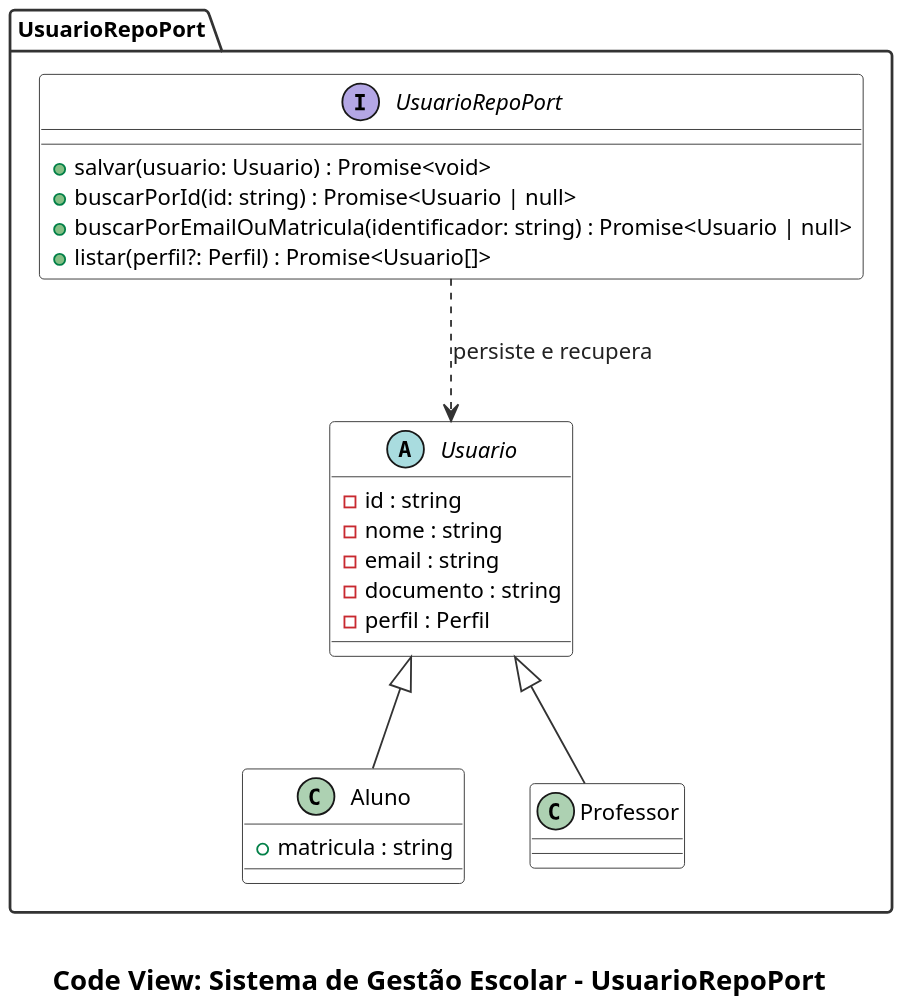
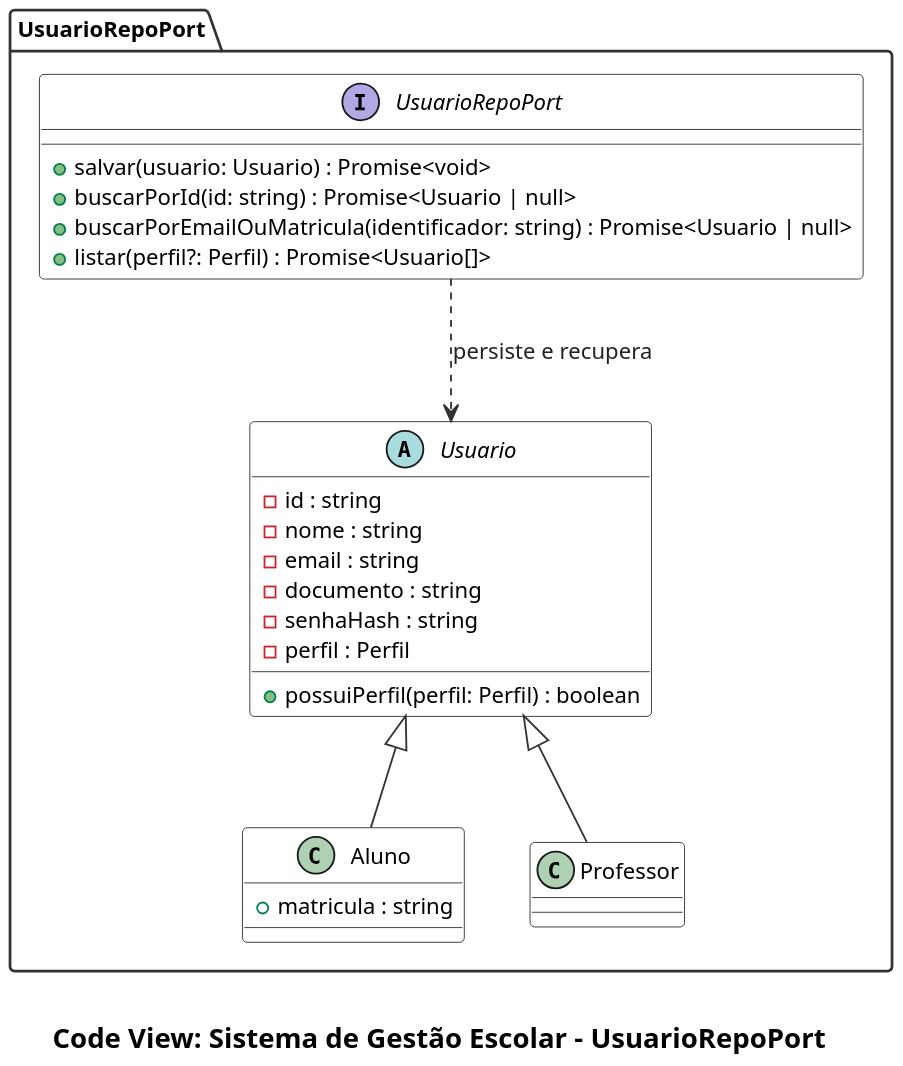
Before and after one commit to cicerocarnauba/sistema-gestao-escolar: the diagram in docs/code/usuario-repo-port.puml, drawn with PlantUML. The commit also changed 13 other files, not shown here.

```diff
--- a/docs/code/usuario-repo-port.puml
+++ b/docs/code/usuario-repo-port.puml
@@ -1,48 +1,50 @@
 @startuml
 set separator none
 top to bottom direction
 skinparam backgroundColor #FFFFFF
 skinparam shadowing false
 skinparam dpi 180
 skinparam defaultFontName "SansSerif"
 skinparam defaultFontSize 12
 skinparam packageStyle folder
 skinparam packageBackgroundColor #FFFFFF
 skinparam packageBorderColor #333333
 skinparam packageFontStyle bold
 skinparam classBackgroundColor #FFFFFF
 skinparam classHeaderBackgroundColor #FFFFFF
 skinparam classBorderColor #333333
 skinparam arrowColor #333333
 skinparam arrowFontColor #222222
 skinparam noteBackgroundColor #FAFAFA
 skinparam noteBorderColor #666666
 
 package "UsuarioRepoPort" as pkg_usuario_repo_port {
     interface UsuarioRepoPort {
         + salvar(usuario: Usuario) : Promise<void>
         + buscarPorId(id: string) : Promise<Usuario | null>
         + buscarPorEmailOuMatricula(identificador: string) : Promise<Usuario | null>
         + listar(perfil?: Perfil) : Promise<Usuario[]>
     }
 
     abstract class Usuario {
         - id : string
         - nome : string
         - email : string
         - documento : string
+        - senhaHash : string
         - perfil : Perfil
+        + possuiPerfil(perfil: Perfil) : boolean
     }
 
     class Aluno extends Usuario {
         + matricula : string
     }
 
     class Professor extends Usuario {
     }
 
     UsuarioRepoPort ..> Usuario : persiste e recupera
 }
 
 caption \n<size:15><b>Code View: Sistema de Gestão Escolar - UsuarioRepoPort</b></size>
 @enduml
```
